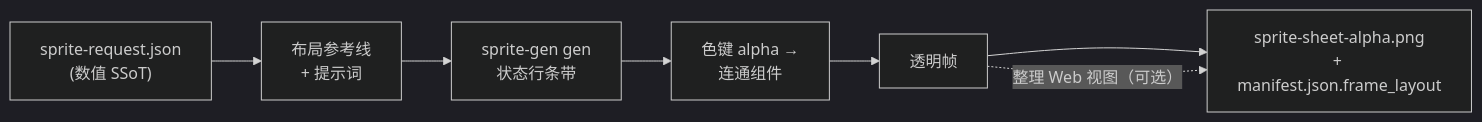
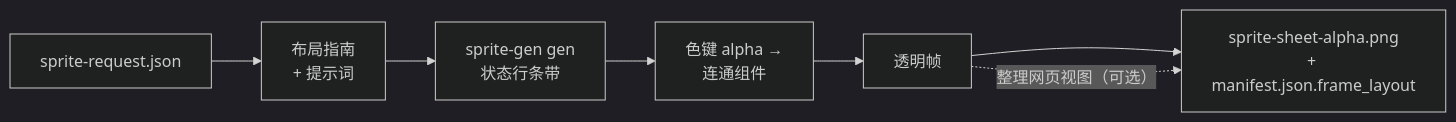
The diagram in README.zh-Hans.md (aldegad/sprite-gen), drawn with Mermaid (dark theme) before and after one commit. The commit also changed other lines of this file and 14 other files, not shown here.

````diff
--- a/README.zh-Hans.md
+++ b/README.zh-Hans.md
@@ -25,9 +25,9 @@
 ```mermaid
 flowchart LR
-    REQ["sprite-request.json<br/>(数值 SSoT)"] --> GUIDES["布局参考线<br/>+ 提示词"]
+    REQ["sprite-request.json<br/（数值 SSoT）"] --> GUIDES["布局指南<br/>+ 提示词"]
     GUIDES --> GEN["sprite-gen gen<br/>状态行条带"]
     GEN --> EXTRACT["色键 alpha →<br/>连通组件"]
     EXTRACT --> FRAMES["透明帧"]
     FRAMES --> ATLAS["sprite-sheet-alpha.png<br/>+ manifest.json.frame_layout"]
-    FRAMES -. "整理 Web 视图（可选）" .-> ATLAS
+    FRAMES -. "整理网页视图（可选）" .-> ATLAS
 ```
````
